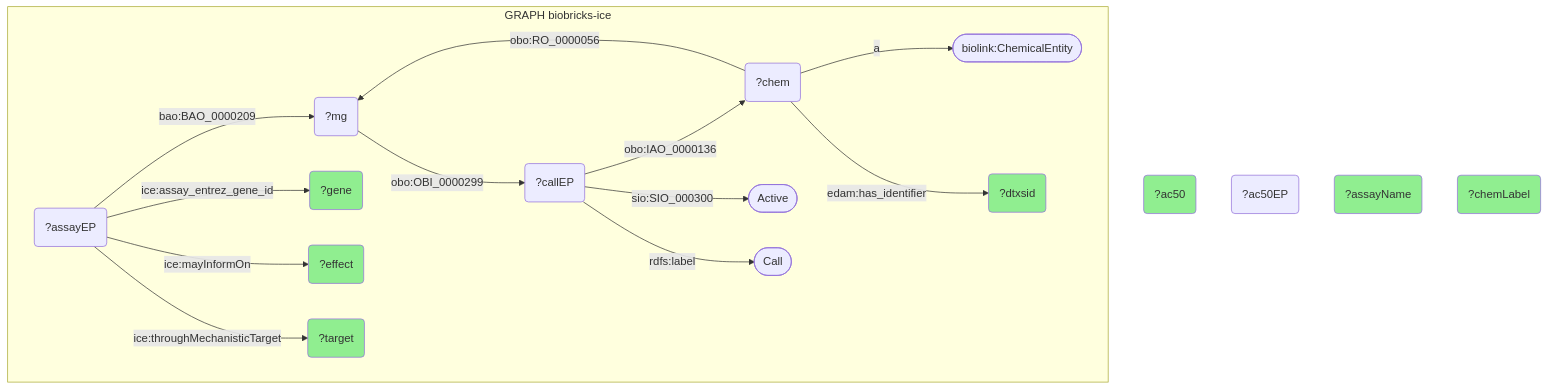
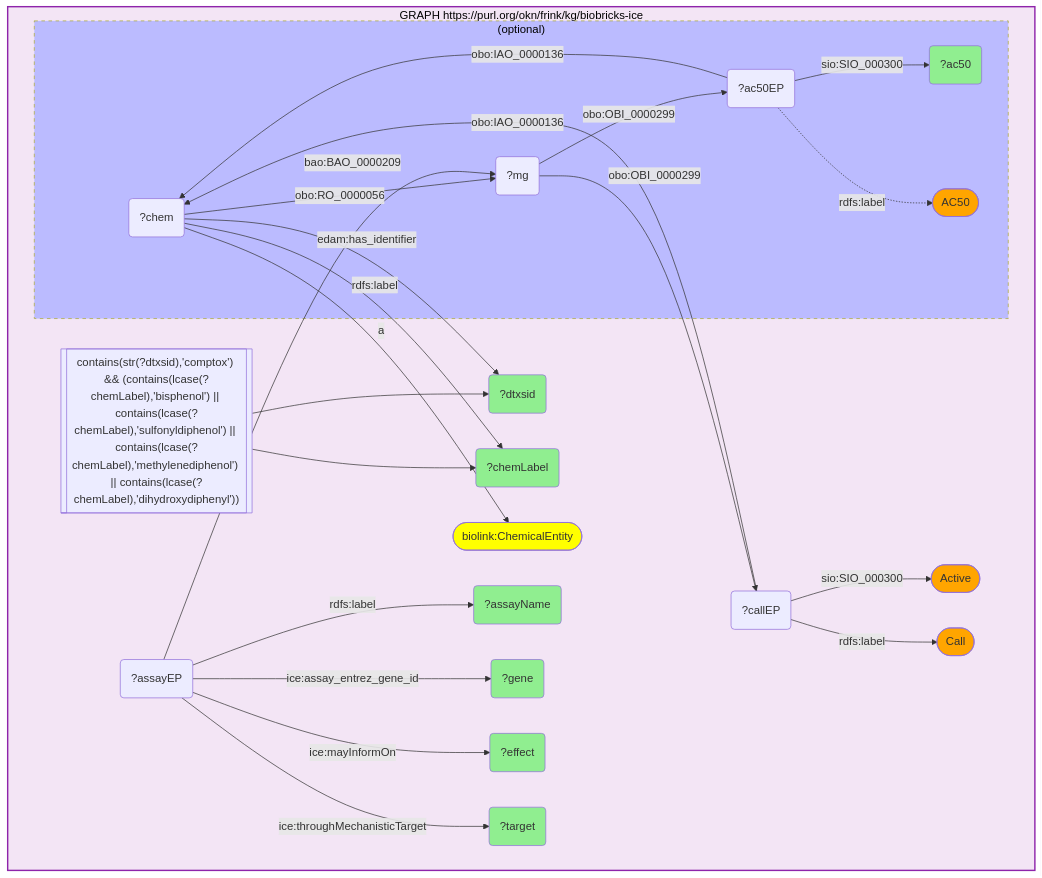
Before and after one commit to sbl-sdsc/mcp-okn: the first of 16 diagrams in docs/examples/Bisphenol-Exposome/Bisphenol-Exposome_reproducibility.md, drawn with Mermaid. The commit also changed other lines of this file and 2 other files, not shown here.

First line of the commit message:
fix(examples): restore KG boxes in Bisphenol-Exposome reproducibility diagrams

````diff
--- a/docs/examples/Bisphenol-Exposome/Bisphenol-Exposome_reproducibility.md
+++ b/docs/examples/Bisphenol-Exposome/Bisphenol-Exposome_reproducibility.md
@@ -92,31 +92,48 @@
 ```mermaid
 graph TD
 classDef projected fill:lightgreen;
 classDef literal fill:orange;
 classDef iri fill:yellow;
   q1v12("?ac50"):::projected 
   q1v11("?ac50EP")
   q1v6("?assayEP")
   q1v7("?assayName"):::projected 
   q1v4("?callEP")
   q1v3("?chem")
   q1v2("?chemLabel"):::projected 
   q1v1("?dtxsid"):::projected 
   q1v9("?effect"):::projected 
   q1v8("?gene"):::projected 
   q1v5("?mg")
   q1v10("?target"):::projected 
-  subgraph q1graph0["GRAPH biobricks-ice"]
-    q1v3 --"a"--> c2([biolink:ChemicalEntity])
+  subgraph q1graph0["GRAPH https://purl.org/okn/frink/kg/biobricks-ice"]
+    style q1graph0 fill:#f3e5f5,stroke:#8e24aa,stroke-width:2px,color:#000;
+    q1graph0c15(["AC50"]):::literal 
+    q1graph0c5(["Active"]):::literal 
+    q1graph0c7(["Call"]):::literal 
+    q1graph0c2(["biolink:ChemicalEntity"]):::iri 
+    q1graph0f0[["contains(str(?dtxsid),'comptox') && (contains(lcase(?chemLabel),'bisphenol') || contains(lcase(?chemLabel),'sulfonyldiphenol') || contains(lcase(?chemLabel),'methylenediphenol') || contains(lcase(?chemLabel),'dihydroxydiphenyl'))"]]
+    q1graph0f0 --> q1v1
+    q1graph0f0 --> q1v2
+    q1v3 --"a"--> q1graph0c2
     q1v4 --"obo:IAO_0000136"--> q1v3
-    q1v4 --"sio:SIO_000300"--> a([Active])
-    q1v4 --"rdfs:label"--> c([Call])
+    q1v4 --"sio:SIO_000300"--> q1graph0c5
+    q1v4 --"rdfs:label"--> q1graph0c7
     q1v3 --"obo:RO_0000056"--> q1v5
     q1v5 --"obo:OBI_0000299"--> q1v4
     q1v3 --"edam:has_identifier"--> q1v1
+    q1v3 --"rdfs:label"--> q1v2
     q1v6 --"bao:BAO_0000209"--> q1v5
+    q1v6 --"rdfs:label"--> q1v7
     q1v6 --"ice:assay_entrez_gene_id"--> q1v8
     q1v6 --"ice:mayInformOn"--> q1v9
     q1v6 --"ice:throughMechanisticTarget"--> q1v10
+    subgraph q1optionalgraph00["(optional)"]
+    style q1optionalgraph00 fill:#bbf,stroke-dasharray: 5 5,color:#000;
+      q1v11 -."rdfs:label".-> q1graph0c15
+      q1v11 --"obo:IAO_0000136"--> q1v3
+      q1v11 --"sio:SIO_000300"--> q1v12
+      q1v5 --"obo:OBI_0000299"--> q1v11
+    end
   end
 ```
````
